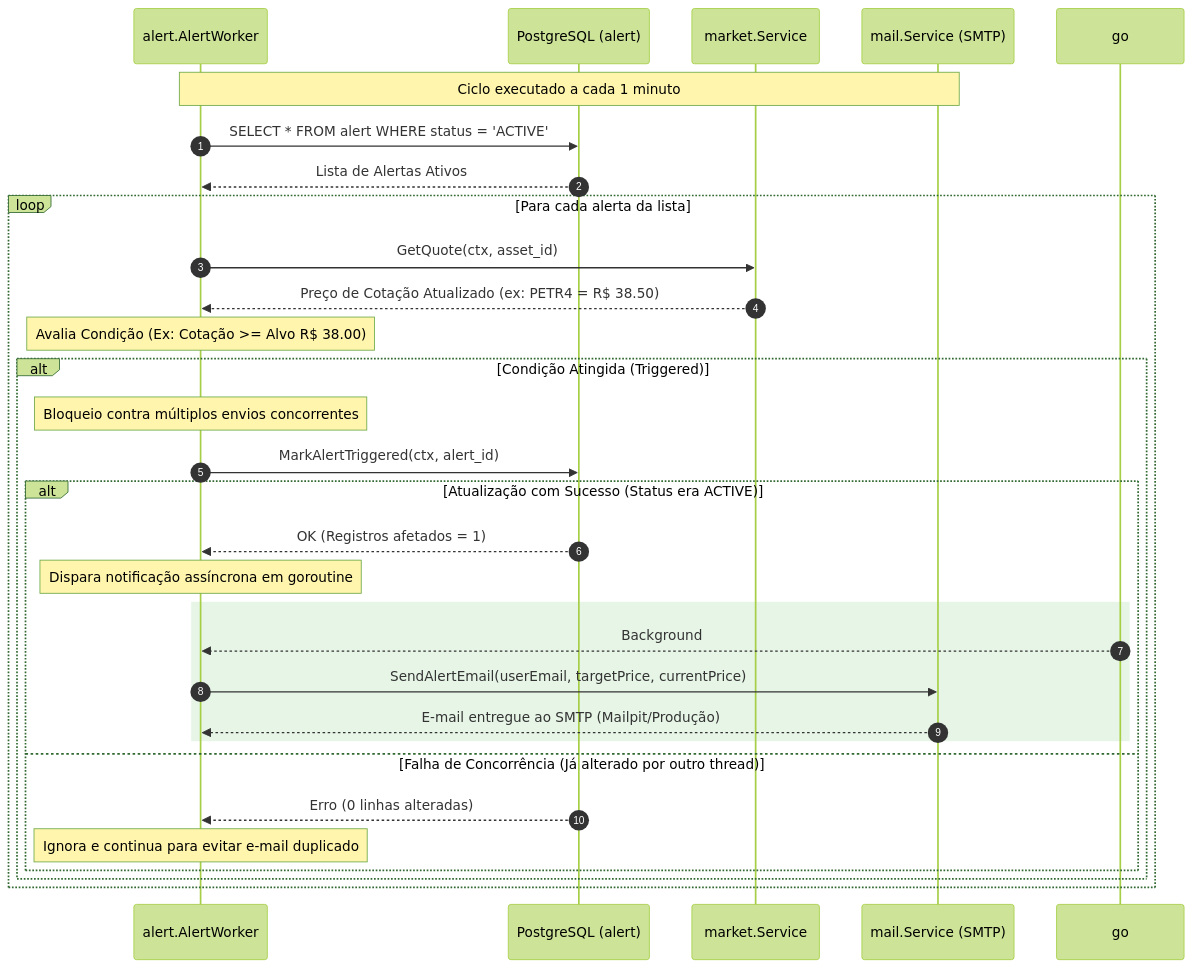
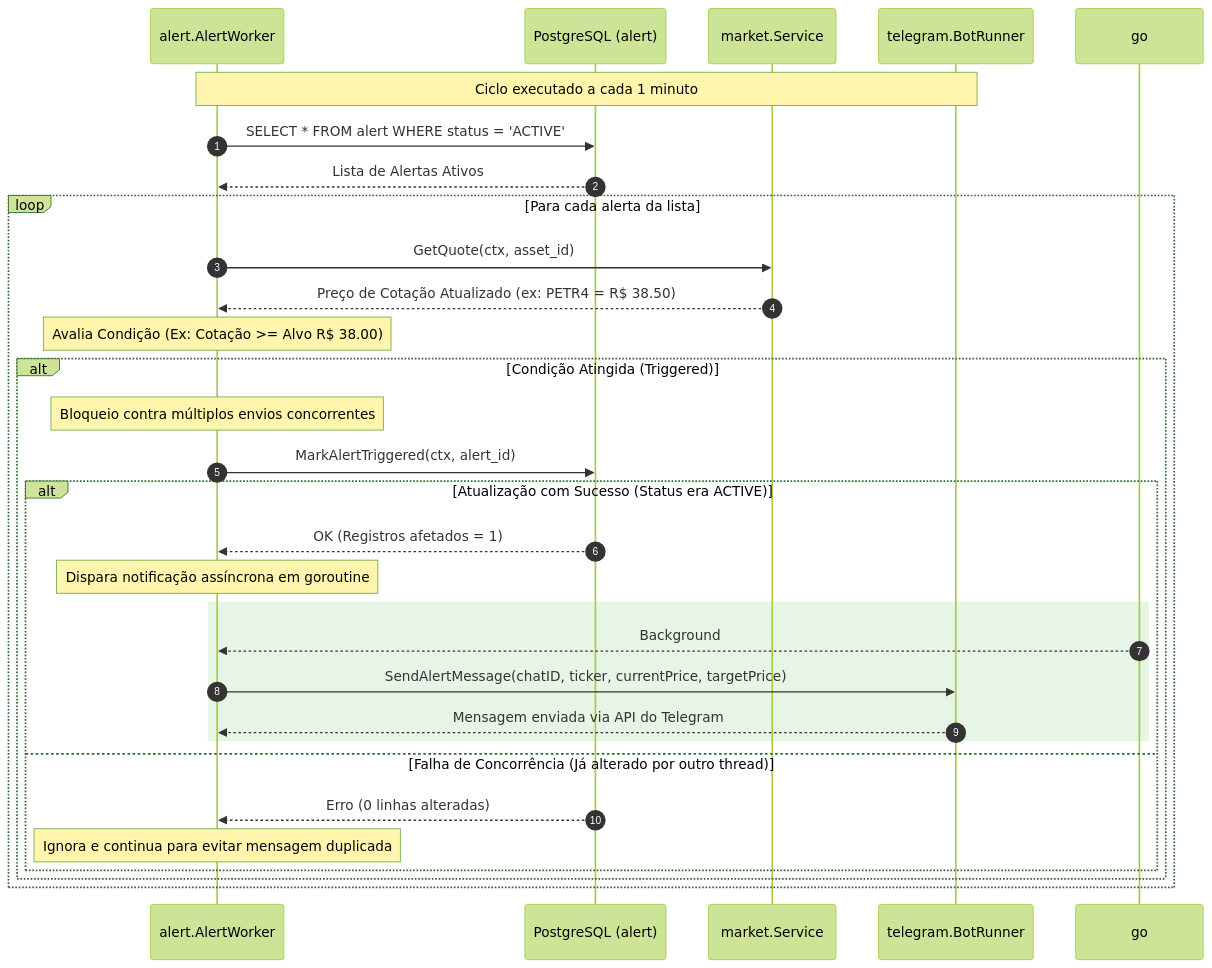
One commit to enakamura3/stock-pulse changed the sixth of 7 diagrams in README.md. Above: the diagram before and after it, drawn with Mermaid (forest theme). The commit also changed other lines of this file, not shown here.

Commit message:
docs: update README with telegram alerts and new bot features

````diff
--- a/README.md
+++ b/README.md
@@ -540,35 +538,35 @@
 ```mermaid
 sequenceDiagram
     autonumber
     participant Worker as alert.AlertWorker
     participant DB as PostgreSQL (alert)
     participant Market as market.Service
-    participant Mail as mail.Service (SMTP)
+    participant Telegram as telegram.BotRunner
 
-    Note over Worker, Mail: Ciclo executado a cada 1 minuto
+    Note over Worker, Telegram: Ciclo executado a cada 1 minuto
     Worker->>DB: SELECT * FROM alert WHERE status = 'ACTIVE'
     DB-->>Worker: Lista de Alertas Ativos
     
     loop Para cada alerta da lista
         Worker->>Market: GetQuote(ctx, asset_id)
         Market-->>Worker: Preço de Cotação Atualizado (ex: PETR4 = R$ 38.50)
         Note over Worker: Avalia Condição (Ex: Cotação >= Alvo R$ 38.00)
         
         alt Condição Atingida (Triggered)
             Note over Worker: Bloqueio contra múltiplos envios concorrentes
             Worker->>DB: MarkAlertTriggered(ctx, alert_id)
             alt Atualização com Sucesso (Status era ACTIVE)
                 DB-->>Worker: OK (Registros afetados = 1)
                 Note over Worker: Dispara notificação assíncrona em goroutine
                 rect rgb(230, 245, 230)
                     go-->>Worker: Background
-                    Worker->>Mail: SendAlertEmail(userEmail, targetPrice, currentPrice)
-                    Mail-->>Worker: E-mail entregue ao SMTP (Mailpit/Produção)
+                    Worker->>Telegram: SendAlertMessage(chatID, ticker, currentPrice, targetPrice)
+                    Telegram-->>Worker: Mensagem enviada via API do Telegram
                 end
             else Falha de Concorrência (Já alterado por outro thread)
                 DB-->>Worker: Erro (0 linhas alteradas)
-                Note over Worker: Ignora e continua para evitar e-mail duplicado
+                Note over Worker: Ignora e continua para evitar mensagem duplicada
             end
         end
     end
 ```
````
